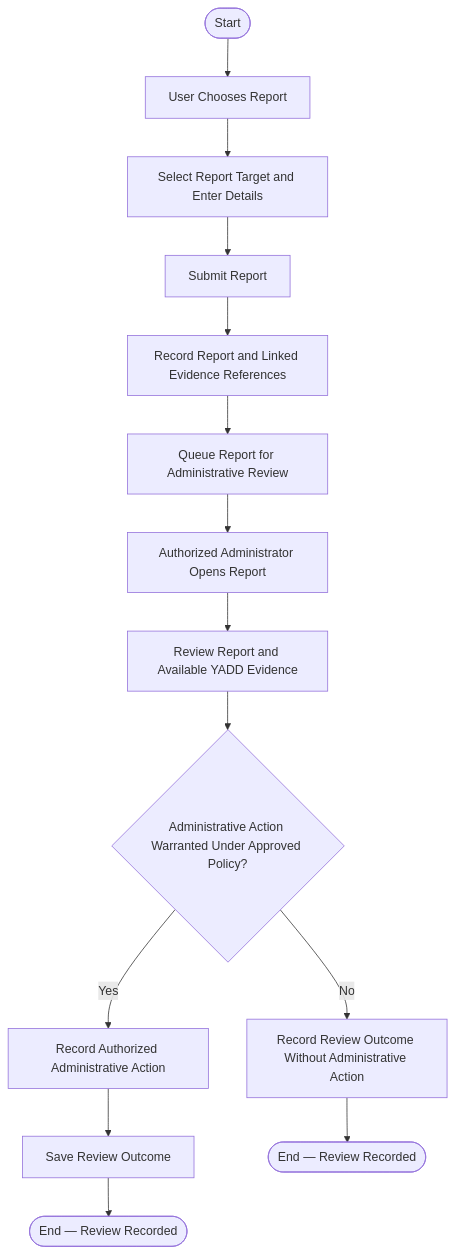
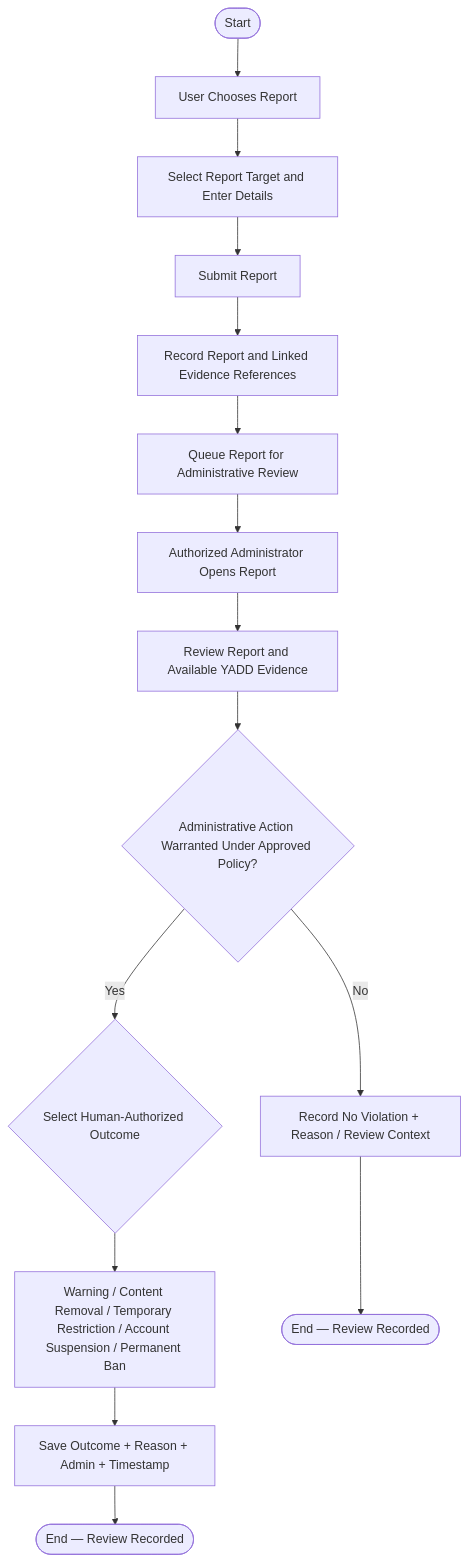
The diagram in diagrams/03-analysis/uml/activity/activity-report-administrative-review.md (Yadd-SanaaUniversityGraduationProject/yadd), drawn with Mermaid before and after one commit. The commit also changed other lines of this file, not shown here.

Commit message:
uml: synchronize report review activity with DEC-089

````diff
--- a/diagrams/03-analysis/uml/activity/activity-report-administrative-review.md
+++ b/diagrams/03-analysis/uml/activity/activity-report-administrative-review.md
@@ -16,18 +16,19 @@
 ```mermaid
 flowchart TD
     S([Start]) --> A[User Chooses Report]
     A --> B[Select Report Target and Enter Details]
     B --> C[Submit Report]
     C --> D[Record Report and Linked Evidence References]
     D --> E[Queue Report for Administrative Review]
     E --> F[Authorized Administrator Opens Report]
     F --> G[Review Report and Available YADD Evidence]
 
     G --> H{Administrative Action Warranted Under Approved Policy?}
-    H -- Yes --> I[Record Authorized Administrative Action]
-    I --> J[Save Review Outcome]
+    H -- Yes --> I{Select Human-Authorized Outcome}
+    I --> I1[Warning / Content Removal / Temporary Restriction / Account Suspension / Permanent Ban]
+    I1 --> J[Save Outcome + Reason + Admin + Timestamp]
     J --> Z1([End — Review Recorded])
 
-    H -- No --> K[Record Review Outcome Without Administrative Action]
+    H -- No --> K[Record No Violation + Reason / Review Context]
     K --> Z2([End — Review Recorded])
 ```
````
